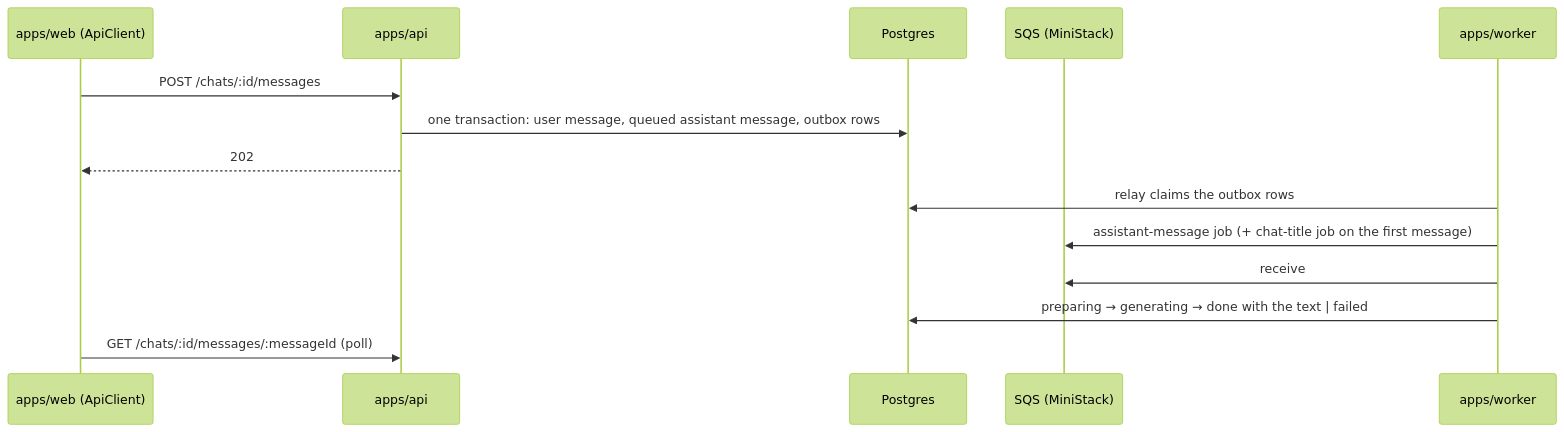
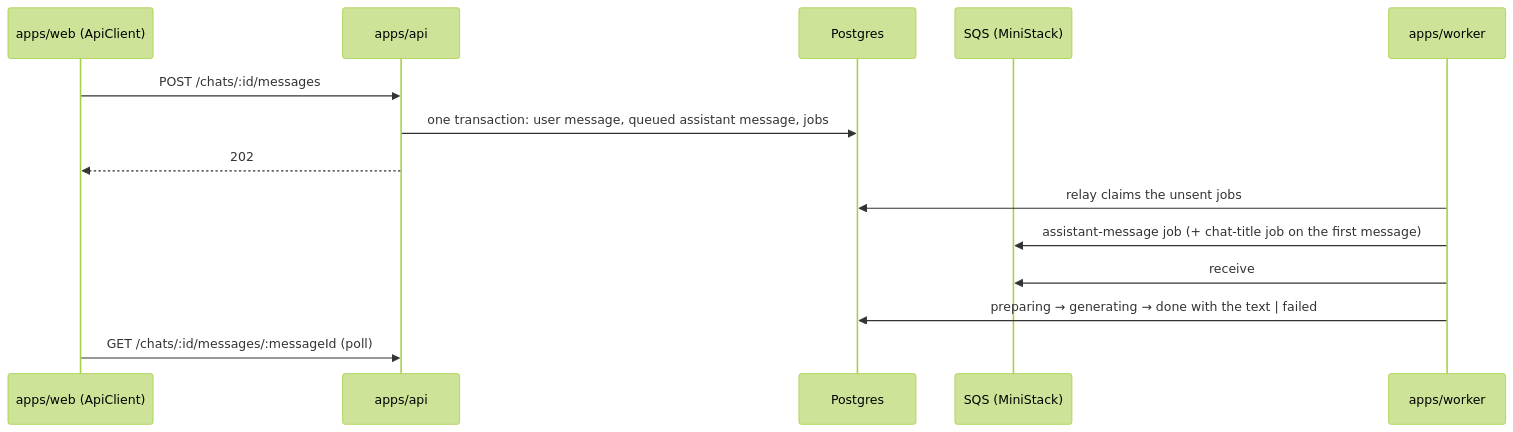
One commit to khotei/app-template changed the diagram in README.md. Above: the diagram before and after it, drawn with Mermaid (forest theme). The commit also changed other lines of this file and 447 other files, not shown here.

````diff
--- a/README.md
+++ b/README.md
@@ -22,16 +22,16 @@
 ```mermaid
 sequenceDiagram
   participant W as apps/web (ApiClient)
   participant A as apps/api
   participant S as Postgres
   participant Q as SQS (MiniStack)
   participant K as apps/worker
   W->>A: POST /chats/:id/messages
-  A->>S: one transaction: user message, queued assistant message, outbox rows
+  A->>S: one transaction: user message, queued assistant message, jobs
   A-->>W: 202
-  K->>S: relay claims the outbox rows
+  K->>S: relay claims the unsent jobs
   K->>Q: assistant-message job (+ chat-title job on the first message)
   K->>Q: receive
   K->>S: preparing → generating → done with the text | failed
   W->>A: GET /chats/:id/messages/:messageId (poll)
 ```
````
